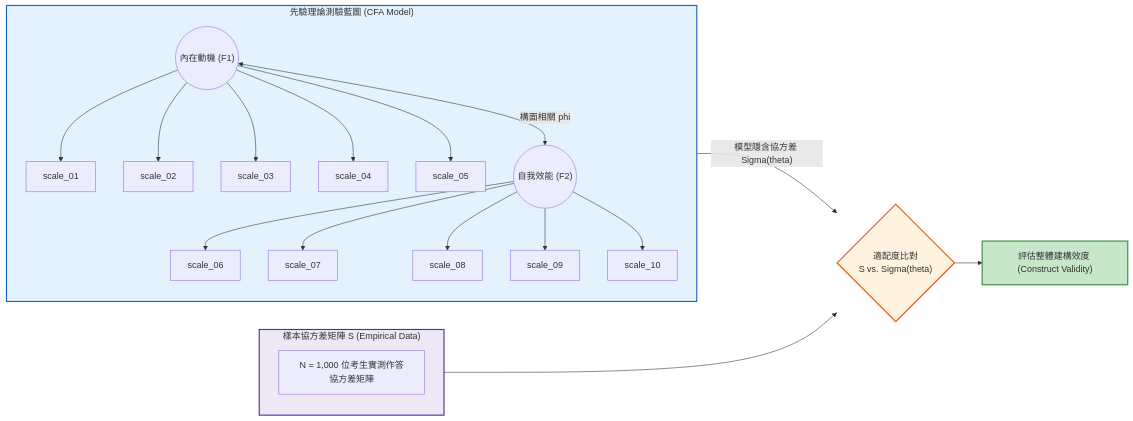
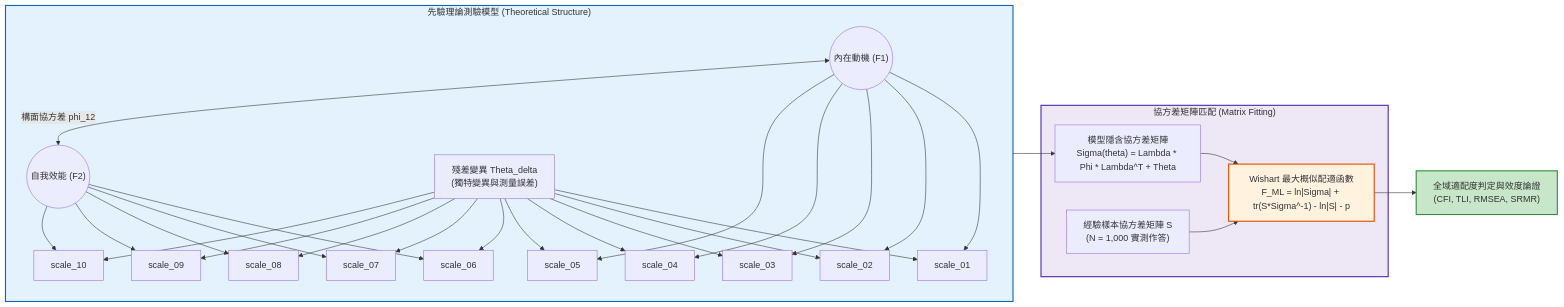
One commit to allen19970828/modern-r-psychometrics changed the first of 2 diagrams in book/Chapter_12_Confirmatory_Factor_Analysis_CFA.md. Above: the diagram before and after it, drawn with Mermaid. The commit also changed other lines of this file and 36 other files, not shown here.

````diff
--- a/book/Chapter_12_Confirmatory_Factor_Analysis_CFA.md
+++ b/book/Chapter_12_Confirmatory_Factor_Analysis_CFA.md
@@ -11,19 +11,24 @@
 ```mermaid
 flowchart LR
-    subgraph TheoreticalModel["先驗理論測驗藍圖 (CFA Model)"]
+    subgraph TheoreticalModel["先驗理論測驗模型 (Theoretical Structure)"]
         F1(("內在動機 (F1)")) --> X1["scale_01"] & X2["scale_02"] & X3["scale_03"] & X4["scale_04"] & X5["scale_05"]
         F2(("自我效能 (F2)")) --> X6["scale_06"] & X7["scale_07"] & X8["scale_08"] & X9["scale_09"] & X10["scale_10"]
-        F1 <-->|"構面相關 phi"| F2
+        F1 <-->|"構面協方差 phi_12"| F2
+        E["殘差變異 Theta_delta\n(獨特變異與測量誤差)"] --> X1 & X2 & X3 & X4 & X5 & X6 & X7 & X8 & X9 & X10
     end
-    subgraph EmpiricalData["樣本協方差矩陣 S (Empirical Data)"]
-        S_Mat["N = 1,000 位考生實測作答協方差矩陣"]
+
+    subgraph MatrixAlgebra["協方差矩陣匹配 (Matrix Fitting)"]
+        Sigma["模型隱含協方差矩陣\nSigma(theta) = Lambda * Phi * Lambda^T + Theta"]
+        S_Mat["經驗樣本協方差矩陣 S\n(N = 1,000 實測作答)"]
+        Fitting["Wishart 最大概似配適函數\nF_ML = ln|Sigma| + tr(S*Sigma^-1) - ln|S| - p"]
     end
-    TheoreticalModel -->|"模型隱含協方差 Sigma(theta)"| FitCompare{"適配度比對\nS vs. Sigma(theta)"}
-    EmpiricalData --> FitCompare
-    FitCompare --> Decision["評估整體建構效度 (Construct Validity)"]
+
+    TheoreticalModel --> Sigma
+    Sigma & S_Mat --> Fitting
+    Fitting --> Decision["全域適配度判定與效度論證\n(CFI, TLI, RMSEA, SRMR)"]
 
     style TheoreticalModel fill:#e3f2fd,stroke:#1565c0,stroke-width:2px
-    style EmpiricalData fill:#ede7f6,stroke:#512da8,stroke-width:2px
-    style FitCompare fill:#fff3e0,stroke:#e65100,stroke-width:2px
+    style MatrixAlgebra fill:#ede7f6,stroke:#512da8,stroke-width:2px
+    style Fitting fill:#fff3e0,stroke:#e65100,stroke-width:2px
     style Decision fill:#c8e6c9,stroke:#388e3c,stroke-width:2px
 ```
````
